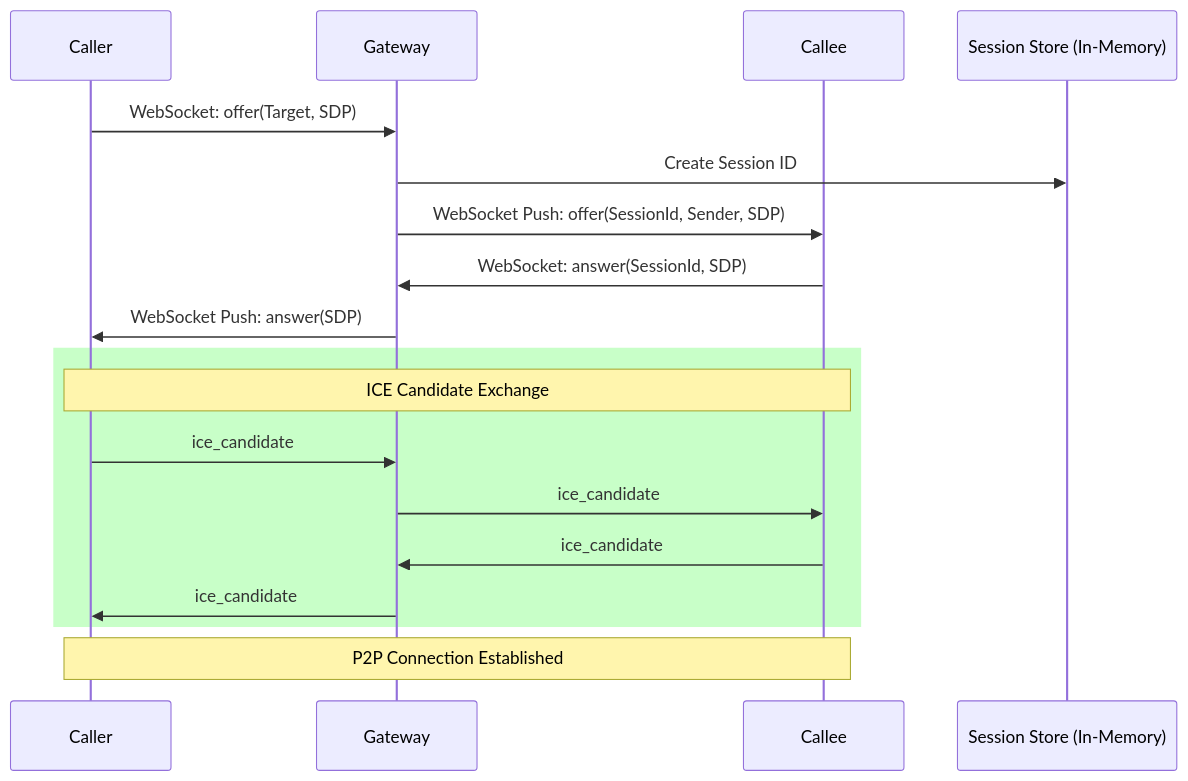
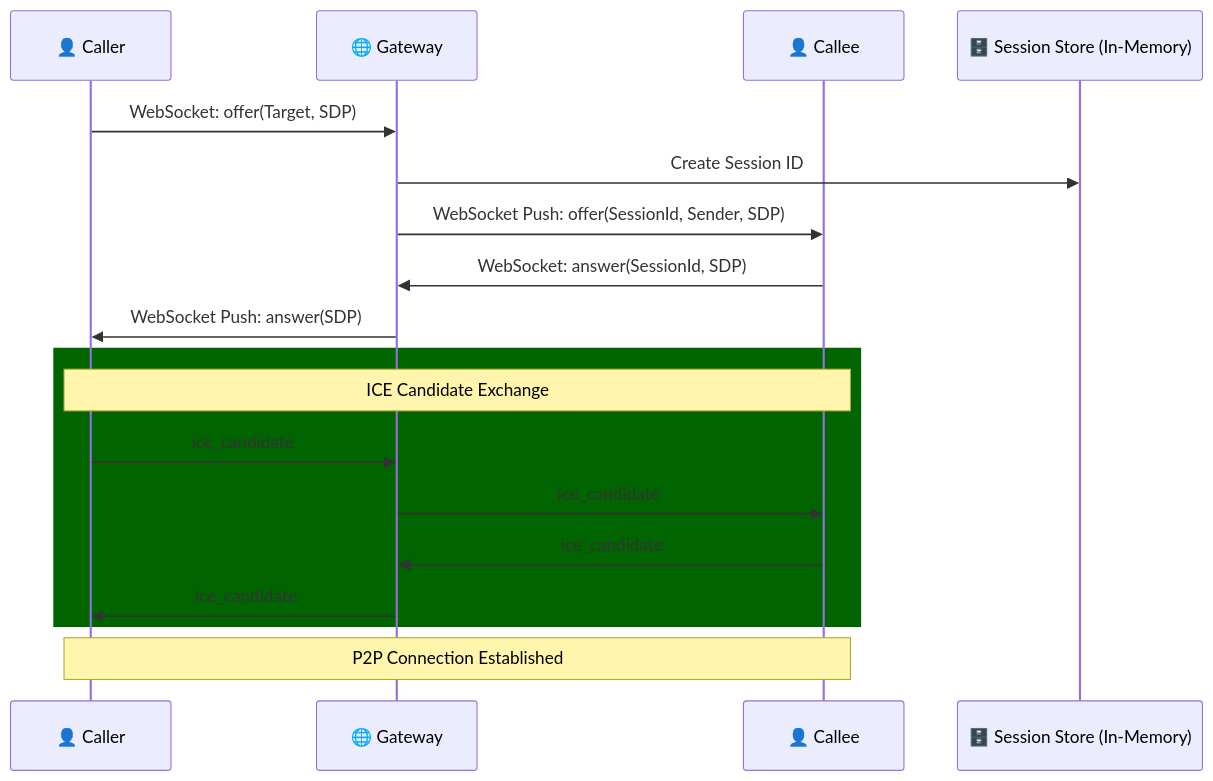
Before and after one commit to abanoubsamer/ChatSystem: the third of 3 diagrams in docs/FEATURES.md, drawn with Mermaid. The commit also changed other lines of this file, not shown here.

````diff
--- a/docs/FEATURES.md
+++ b/docs/FEATURES.md
@@ -94,23 +103,23 @@
 ```mermaid
 sequenceDiagram
-    participant A as Caller
-    participant G as Gateway
-    participant B as Callee
-    participant S as Session Store (In-Memory)
+    participant A as 👤 Caller
+    participant G as 🌐 Gateway
+    participant B as 👤 Callee
+    participant S as 🗄️ Session Store (In-Memory)
 
     A->>G: WebSocket: offer(Target, SDP)
     G->>S: Create Session ID
     G->>B: WebSocket Push: offer(SessionId, Sender, SDP)
     B->>G: WebSocket: answer(SessionId, SDP)
     G->>A: WebSocket Push: answer(SDP)
 
-    rect rgb(200, 255, 200)
+    rect rgb(0,100,0)
     Note over A,B: ICE Candidate Exchange
     A->>G: ice_candidate
     G->>B: ice_candidate
     B->>G: ice_candidate
     G->>A: ice_candidate
     end
 
     Note over A,B: P2P Connection Established
 ```
````
